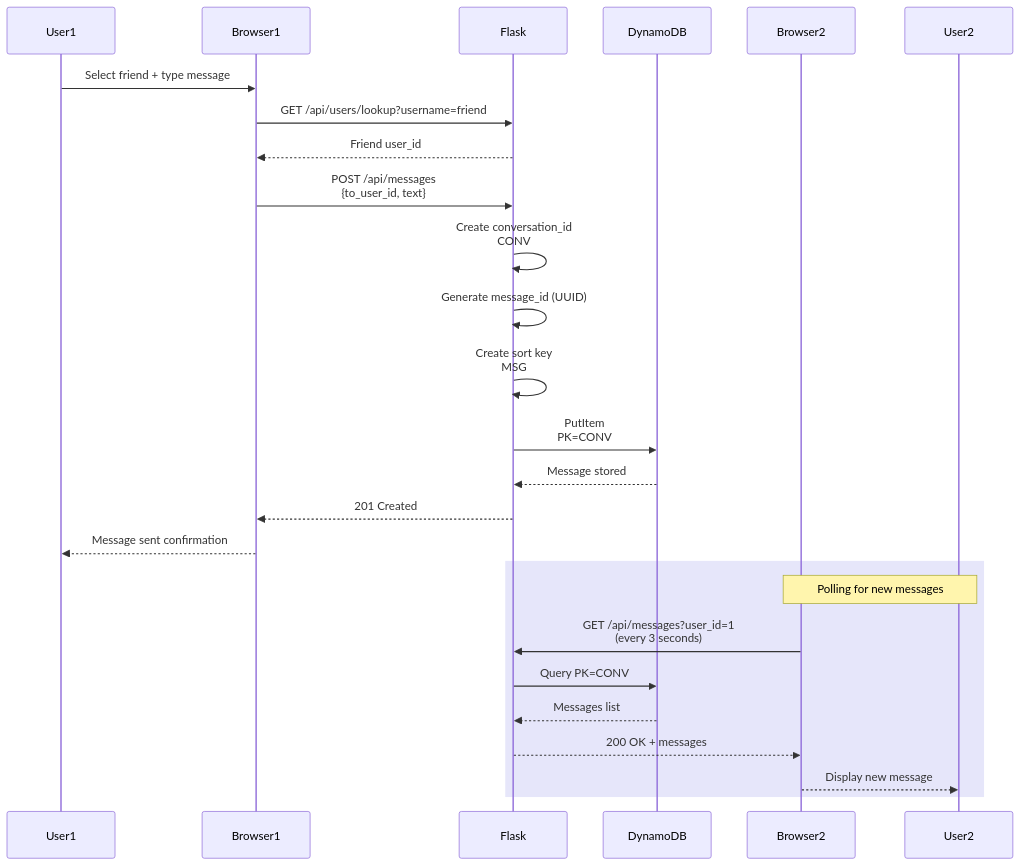
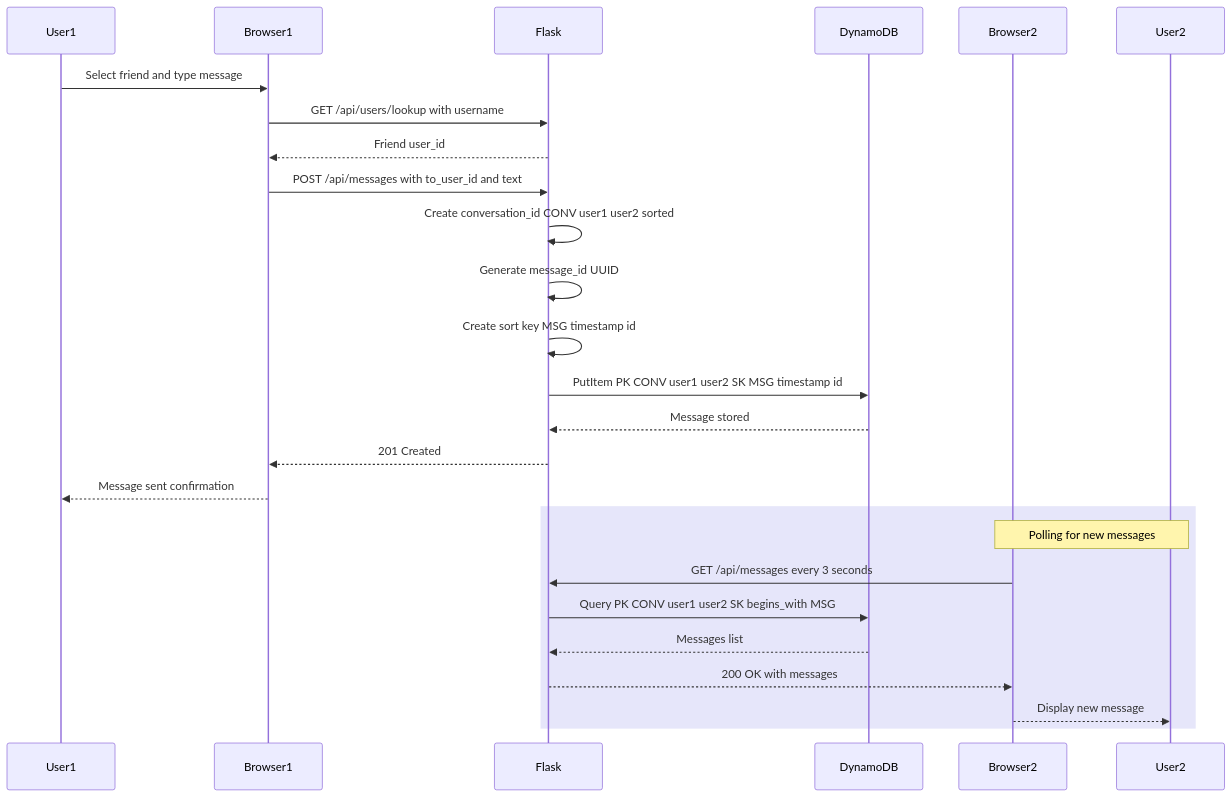
One commit to premalshah999/Cloud607_Final_Project changed the eighth of 12 diagrams in ARCHITECTURE_DIAGRAMS.md. Above: the diagram before and after it, drawn with Mermaid. The commit also changed other lines of this file, not shown here.

Commit message:
Fix diagrams 4-11: remove leftover code fragments, br tags, and special characters

````diff
--- a/ARCHITECTURE_DIAGRAMS.md
+++ b/ARCHITECTURE_DIAGRAMS.md
@@ -387,34 +378,34 @@
 ```mermaid
 sequenceDiagram
     participant User1
     participant Browser1
     participant Flask
     participant DynamoDB
     participant Browser2
     participant User2
     
-    User1->>Browser1: Select friend + type message
-    Browser1->>Flask: GET /api/users/lookup?username=friend
+    User1->>Browser1: Select friend and type message
+    Browser1->>Flask: GET /api/users/lookup with username
     Flask-->>Browser1: Friend user_id
     
-    Browser1->>Flask: POST /api/messages<br/>{to_user_id, text}
+    Browser1->>Flask: POST /api/messages with to_user_id and text
     
-    Flask->>Flask: Create conversation_id<br/>CONV#user1#user2 (sorted)
-    Flask->>Flask: Generate message_id (UUID)
-    Flask->>Flask: Create sort key<br/>MSG#timestamp#id
+    Flask->>Flask: Create conversation_id CONV user1 user2 sorted
+    Flask->>Flask: Generate message_id UUID
+    Flask->>Flask: Create sort key MSG timestamp id
     
-    Flask->>DynamoDB: PutItem<br/>PK=CONV#user1#user2<br/>SK=MSG#timestamp#id
+    Flask->>DynamoDB: PutItem PK CONV user1 user2 SK MSG timestamp id
     DynamoDB-->>Flask: Message stored
     
     Flask-->>Browser1: 201 Created
     Browser1-->>User1: Message sent confirmation
     
     rect rgb(230, 230, 250)
         Note over Browser2,User2: Polling for new messages
-        Browser2->>Flask: GET /api/messages?user_id=1<br/>(every 3 seconds)
-        Flask->>DynamoDB: Query PK=CONV#user1#user2<br/>SK begins_with MSG#
+        Browser2->>Flask: GET /api/messages every 3 seconds
+        Flask->>DynamoDB: Query PK CONV user1 user2 SK begins_with MSG
         DynamoDB-->>Flask: Messages list
-        Flask-->>Browser2: 200 OK + messages
+        Flask-->>Browser2: 200 OK with messages
         Browser2-->>User2: Display new message
     end
 ```
````
